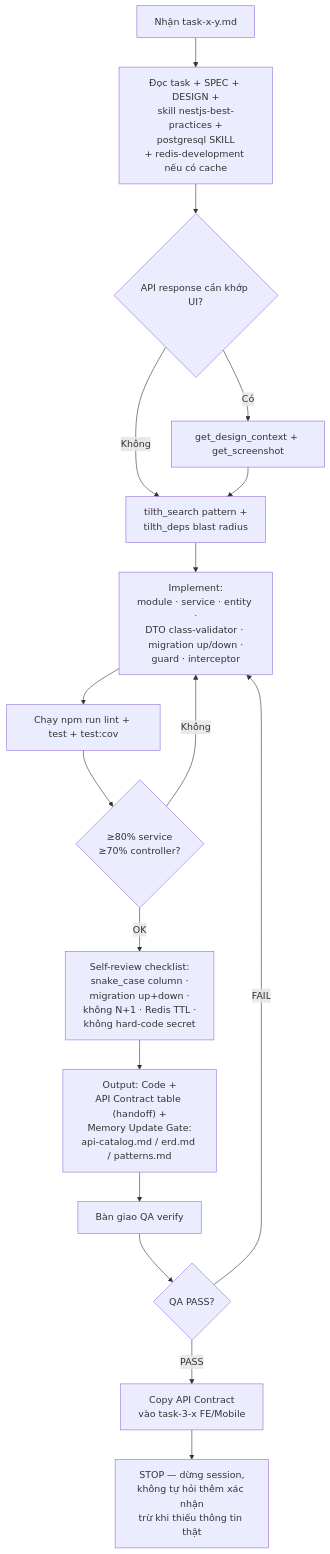
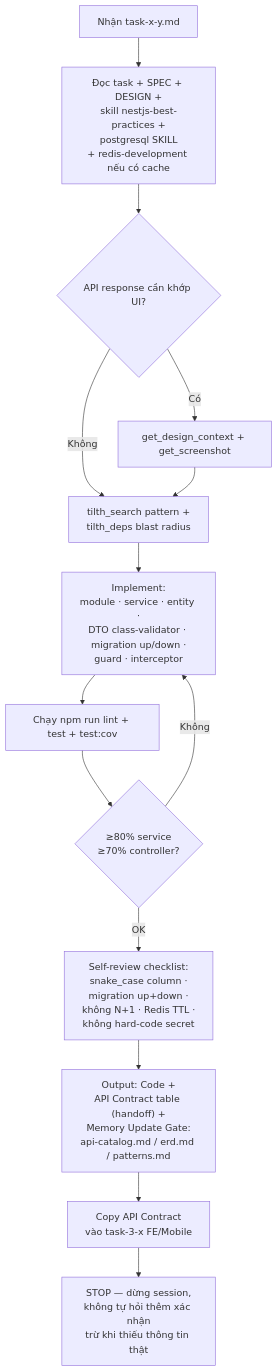
The seventh of 10 diagrams in project-ai-kit/ai-agents-workflow.md (dipro-vn/dipro-ai-boost), drawn with Mermaid before and after one commit. The commit also changed other lines of this file and 61 other files, not shown here.

````diff
--- a/project-ai-kit/ai-agents-workflow.md
+++ b/project-ai-kit/ai-agents-workflow.md
@@ -205,19 +198,16 @@
 ```mermaid
 flowchart TD
     A[Nhận task-x-y.md] --> B[Đọc task + SPEC + DESIGN +<br/>skill nestjs-best-practices +<br/>postgresql SKILL<br/>+ redis-development nếu có cache]
     B --> C{API response cần khớp UI?}
     C -- Có --> D[get_design_context + get_screenshot]
     C -- Không --> E[tilth_search pattern +<br/>tilth_deps blast radius]
     D --> E
     E --> F[Implement:<br/>module · service · entity ·<br/>DTO class-validator · migration up/down ·<br/>guard · interceptor]
     F --> G[Chạy npm run lint + test + test:cov]
     G --> H{≥80% service<br/>≥70% controller?}
     H -- Không --> F
     H -- OK --> I[Self-review checklist:<br/>snake_case column ·<br/>migration up+down ·<br/>không N+1 · Redis TTL ·<br/>không hard-code secret]
     I --> J["Output: Code +<br/>API Contract table (handoff) +<br/>Memory Update Gate:<br/>api-catalog.md / erd.md / patterns.md"]
-    J --> K[Bàn giao QA verify]
-    K --> L{QA PASS?}
-    L -- FAIL --> F
-    L -- PASS --> M[Copy API Contract<br/>vào task-3-x FE/Mobile]
+    J --> M[Copy API Contract<br/>vào task-3-x FE/Mobile]
     M --> Z[STOP — dừng session,<br/>không tự hỏi thêm xác nhận<br/>trừ khi thiếu thông tin thật]
 ```
````
